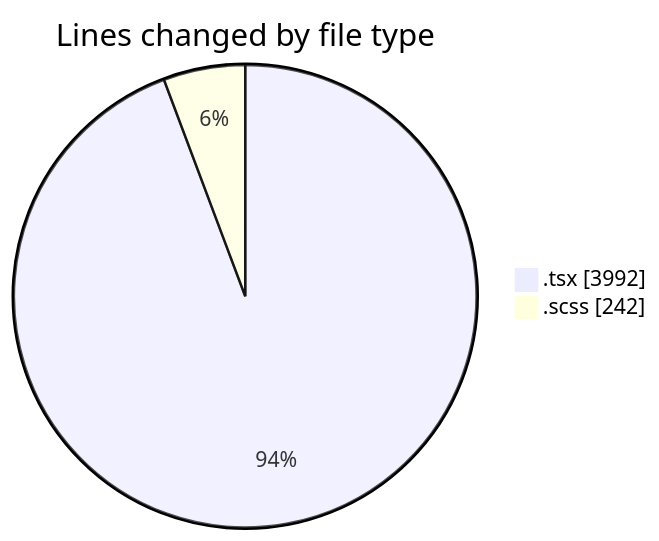
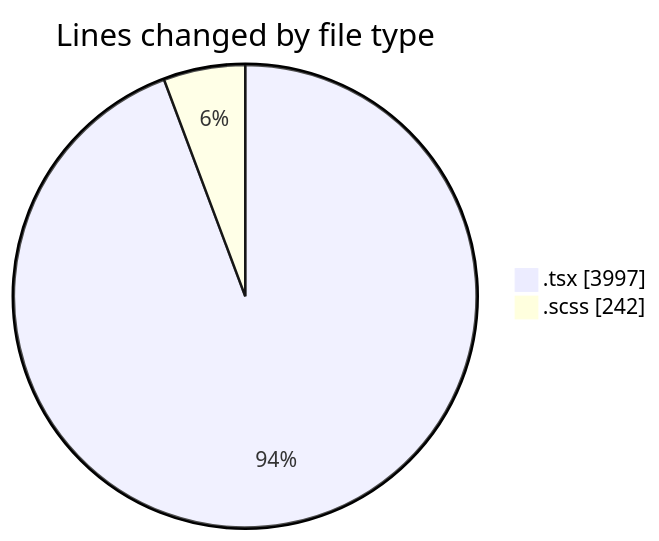
The first of 2 diagrams in 2025-07-03/cda/README.md (momahboobian/code-tracking), drawn with Mermaid before and after one commit. The commit also changed other lines of this file and 1 other file, not shown here.

````diff
--- a/2025-07-03/cda/README.md
+++ b/2025-07-03/cda/README.md
@@ -36,6 +36,6 @@
 ```mermaid
 pie showData
 title Lines changed by file type
-".tsx" : 3992
+".tsx" : 3997
 ".scss" : 242
 ```
````
